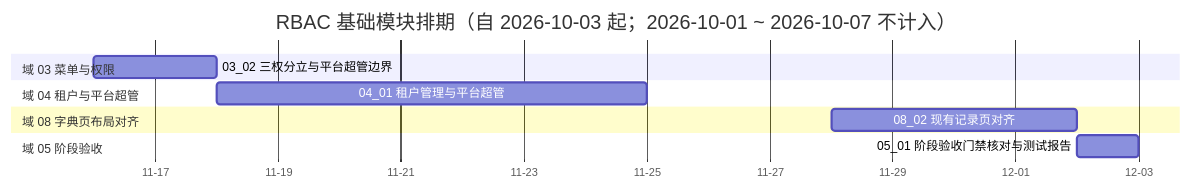
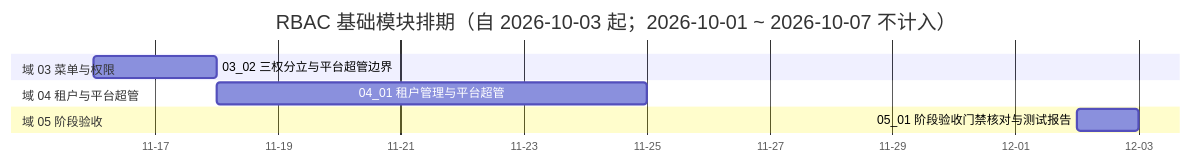
One commit to minjian123/basic-management-system changed the diagram in bms文档/项目/07_RBAC基础模块/计划/01_计划_RBAC基础模块.md. Above: the diagram before and after it, drawn with Mermaid. The commit also changed other lines of this file and 10 other files, not shown here.

````diff
--- a/bms文档/项目/07_RBAC基础模块/计划/01_计划_RBAC基础模块.md
+++ b/bms文档/项目/07_RBAC基础模块/计划/01_计划_RBAC基础模块.md
@@ -73,17 +75,16 @@
 ```mermaid
 gantt
     title RBAC 基础模块排期（自 2026-10-03 起；2026-10-01 ~ 2026-10-07 不计入）
     dateFormat  YYYY-MM-DD
     axisFormat %m-%d
     section 域 01 插件化挂接
     section 域 03 菜单与权限
     03_02 三权分立与平台超管边界 :a0302, 2026-11-16, 2d
     section 域 02 用户与角色
     section 域 04 租户与平台超管
     04_01 租户管理与平台超管 :a0401, 2026-11-18, 7d
     section 域 07 原型对照结论补齐
     section 域 08 字典页布局对齐
-    08_02 现有记录页对齐 :a0802, 2026-11-28, 4d
     section 域 05 阶段验收
     05_01 阶段验收门禁核对与测试报告 :a0501, 2026-12-02, 1d
 ```
````
